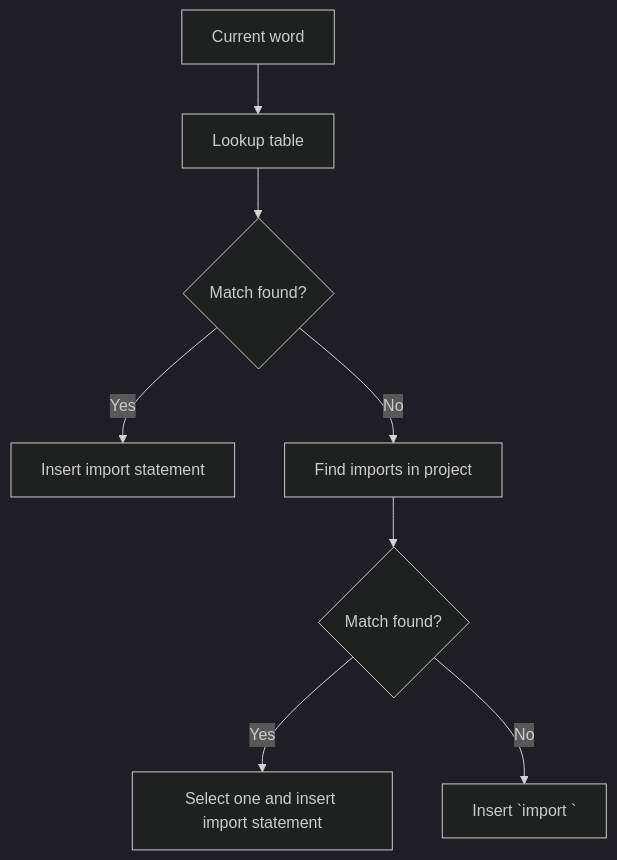
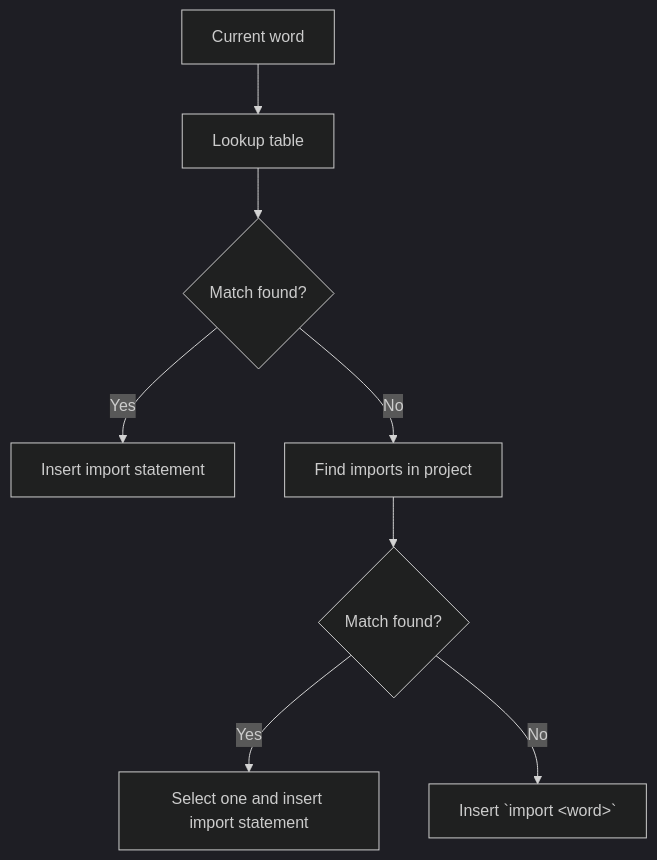
Before and after one commit to kiyoon/python-import.nvim: the diagram in README.md, drawn with Mermaid (dark theme).

````diff
--- a/README.md
+++ b/README.md
@@ -10,10 +10,10 @@
 ```mermaid
 graph TD
     A[Current word] --> B[Lookup table]
     B --> C{Match found?}
     C -->|Yes| D[Insert import statement]
     C -->|No| E[Find imports in project]
     E --> F{Match found?}
     F -->|Yes| G[Select one and insert import statement]
-    F -->|No| H["Insert `import <word>`"]
+    F -->|No| H["Insert `import &lt;word&gt;`"]
 ```
````
